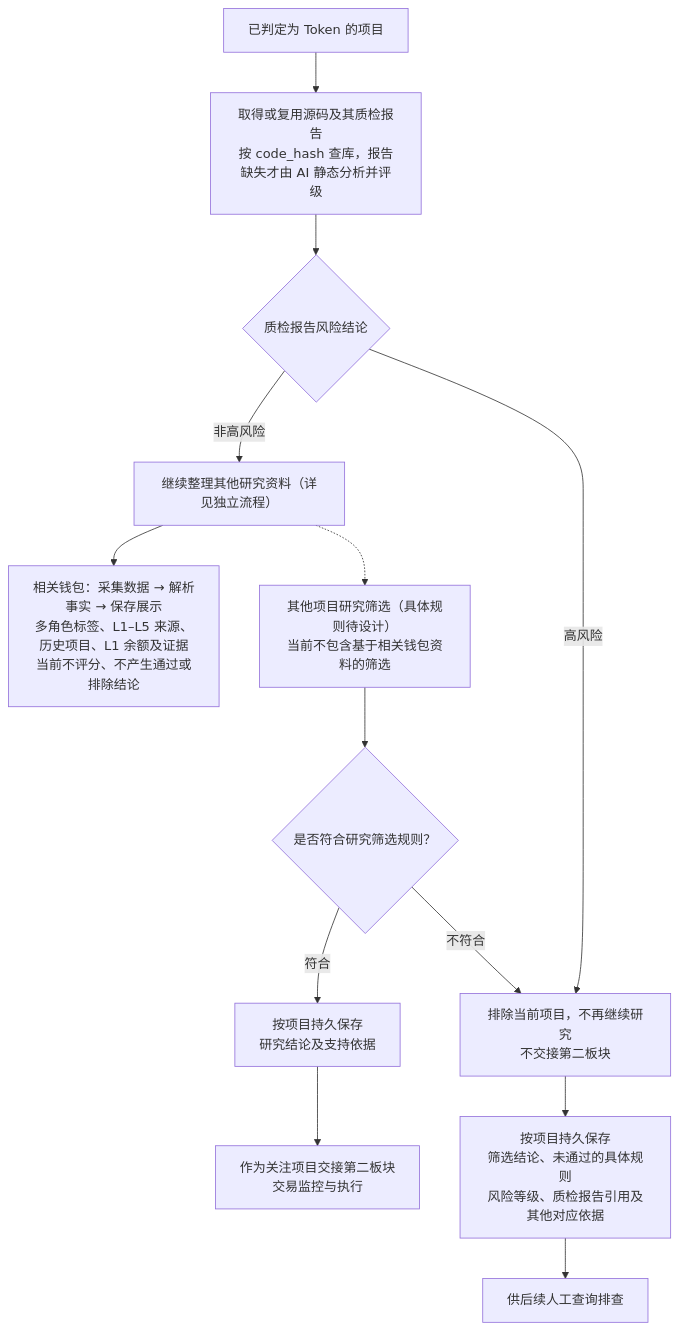
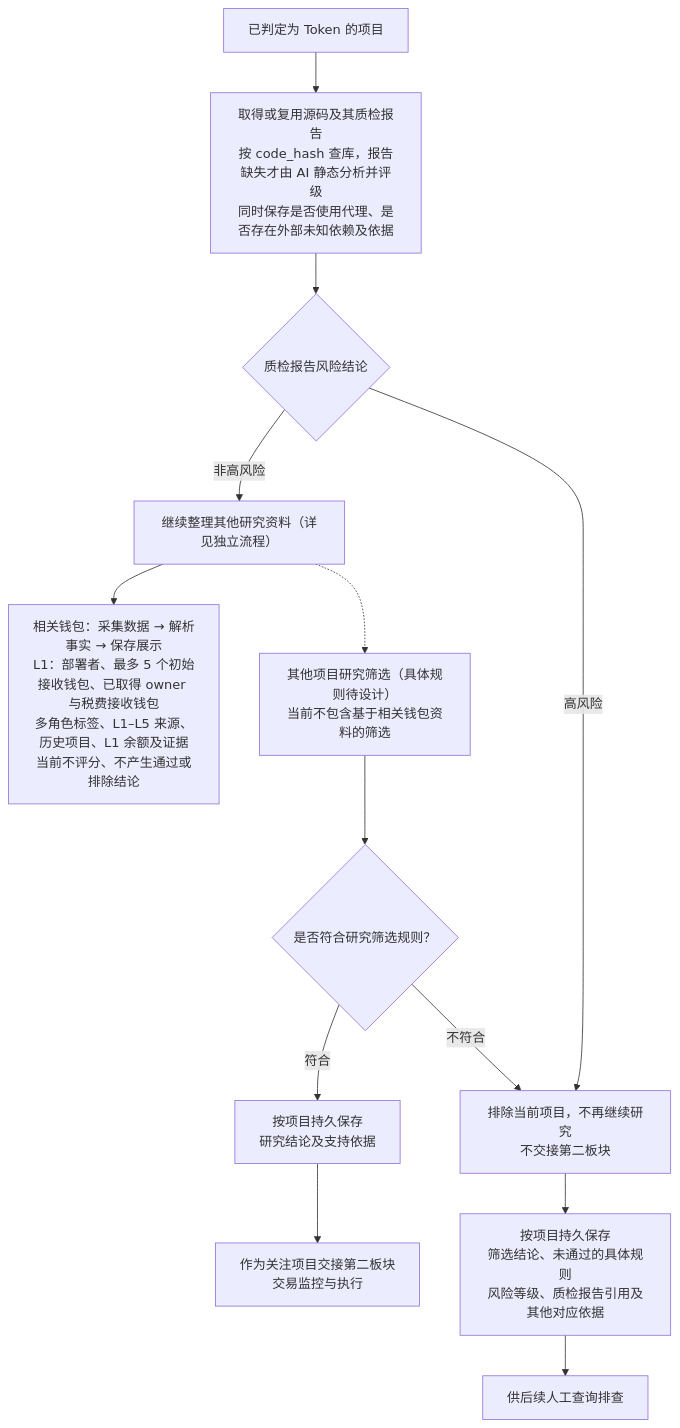
One commit to useryege/athena-o changed the diagram in docs/project/token-research-flow.md. Above: the diagram before and after it, drawn with Mermaid. The commit also changed other lines of this file and 9 other files, not shown here.

````diff
--- a/docs/project/token-research-flow.md
+++ b/docs/project/token-research-flow.md
@@ -11,15 +11,15 @@
 ```mermaid
 flowchart TD
-    token["已判定为 Token 的项目"] --> review["取得或复用源码及其质检报告<br/>按 code_hash 查库，报告缺失才由 AI 静态分析并评级"]
+    token["已判定为 Token 的项目"] --> review["取得或复用源码及其质检报告<br/>按 code_hash 查库，报告缺失才由 AI 静态分析并评级<br/>同时保存是否使用代理、是否存在外部未知依赖及依据"]
     review --> risk{"质检报告风险结论"}
     risk -->|高风险| excluded["排除当前项目，不再继续研究<br/>不交接第二板块"]
     risk -->|非高风险| materials["继续整理其他研究资料（详见独立流程）"]
-    materials --> wallets["相关钱包：采集数据 → 解析事实 → 保存展示<br/>多角色标签、L1–L5 来源、历史项目、L1 余额及证据<br/>当前不评分、不产生通过或排除结论"]
+    materials --> wallets["相关钱包：采集数据 → 解析事实 → 保存展示<br/>L1：部署者、最多 5 个初始接收钱包、已取得 owner 与税费接收钱包<br/>多角色标签、L1–L5 来源、历史项目、L1 余额及证据<br/>当前不评分、不产生通过或排除结论"]
     materials -.-> research["其他项目研究筛选（具体规则待设计）<br/>当前不包含基于相关钱包资料的筛选"]
     research --> decision{"是否符合研究筛选规则？"}
     decision -->|"符合"| accepted["按项目持久保存<br/>研究结论及支持依据"]
     accepted --> handoff["作为关注项目交接第二板块<br/>交易监控与执行"]
     decision -->|"不符合"| excluded
     excluded --> reasons["按项目持久保存<br/>筛选结论、未通过的具体规则<br/>风险等级、质检报告引用及其他对应依据"]
     reasons --> inspect["供后续人工查询排查"]
 ```
````
